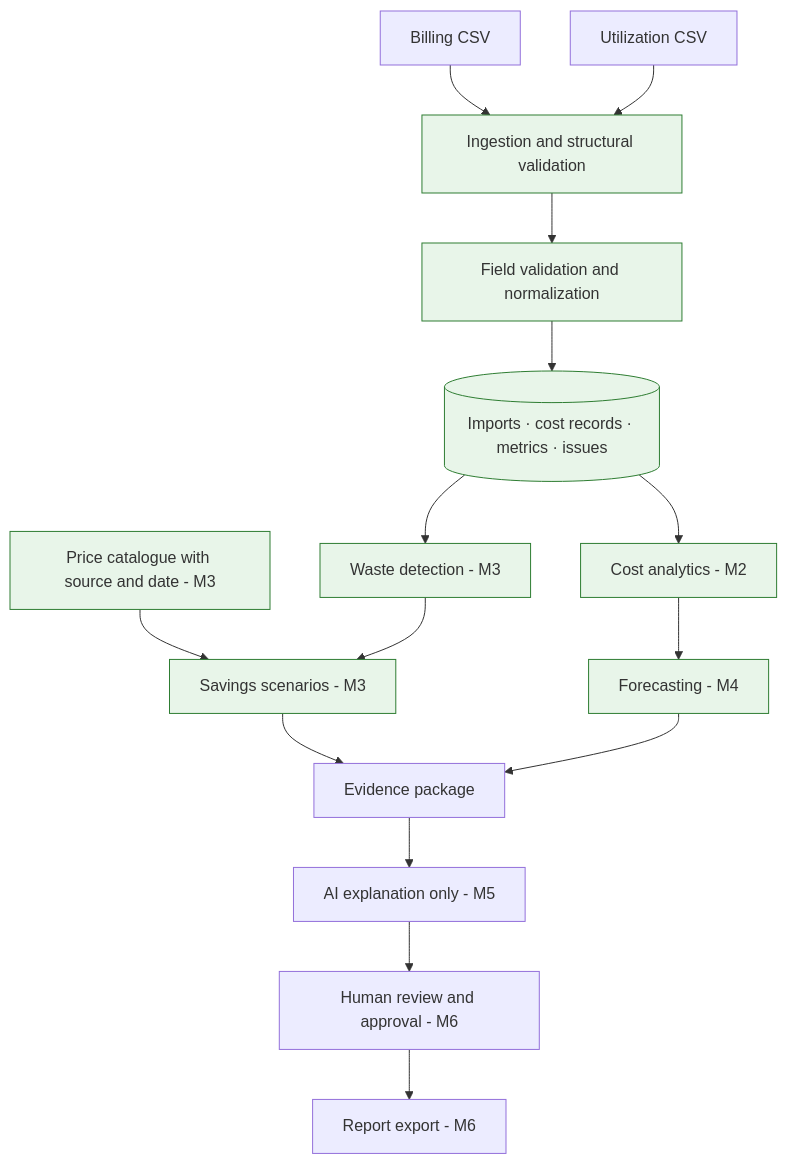
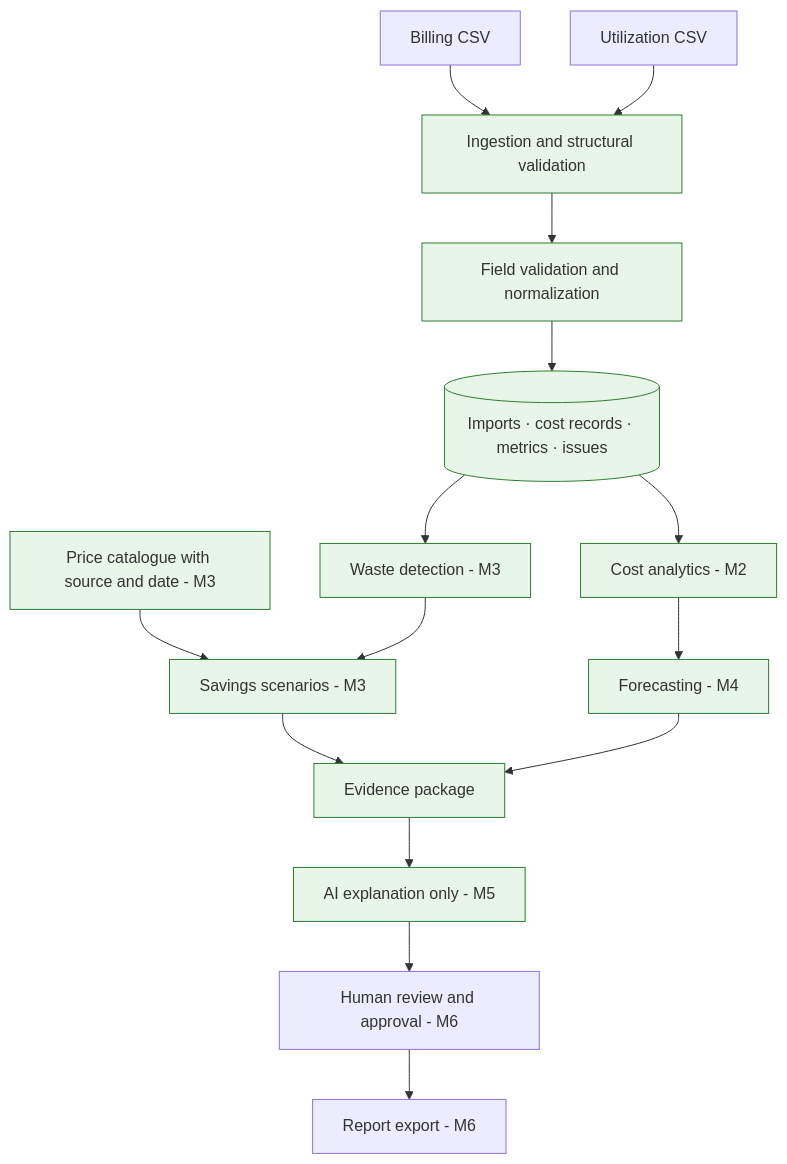
Before and after one commit to bharath609/CloudPilot.ai: the diagram in README.md, drawn with Mermaid. The commit also changed other lines of this file and 18 other files, not shown here.

````diff
--- a/README.md
+++ b/README.md
@@ -56,26 +57,28 @@
 ```mermaid
 flowchart TD
   A[Billing CSV] --> B[Ingestion and structural validation]
   C[Utilization CSV] --> B
   B --> D[Field validation and normalization]
   D --> E[(Imports · cost records · metrics · issues)]
   E --> F[Cost analytics - M2]
   E --> G[Waste detection - M3]
   P[Price catalogue with source and date - M3] --> H[Savings scenarios - M3]
   G --> H
   F --> I[Forecasting - M4]
   H --> J[Evidence package]
   I --> J
   J --> K[AI explanation only - M5]
   K --> L[Human review and approval - M6]
   L --> M[Report export - M6]
 
   style B fill:#e8f5e9,stroke:#2e7d32
   style D fill:#e8f5e9,stroke:#2e7d32
   style E fill:#e8f5e9,stroke:#2e7d32
   style F fill:#e8f5e9,stroke:#2e7d32
   style G fill:#e8f5e9,stroke:#2e7d32
   style H fill:#e8f5e9,stroke:#2e7d32
   style I fill:#e8f5e9,stroke:#2e7d32
+  style J fill:#e8f5e9,stroke:#2e7d32
+  style K fill:#e8f5e9,stroke:#2e7d32
   style P fill:#e8f5e9,stroke:#2e7d32
 ```
````
